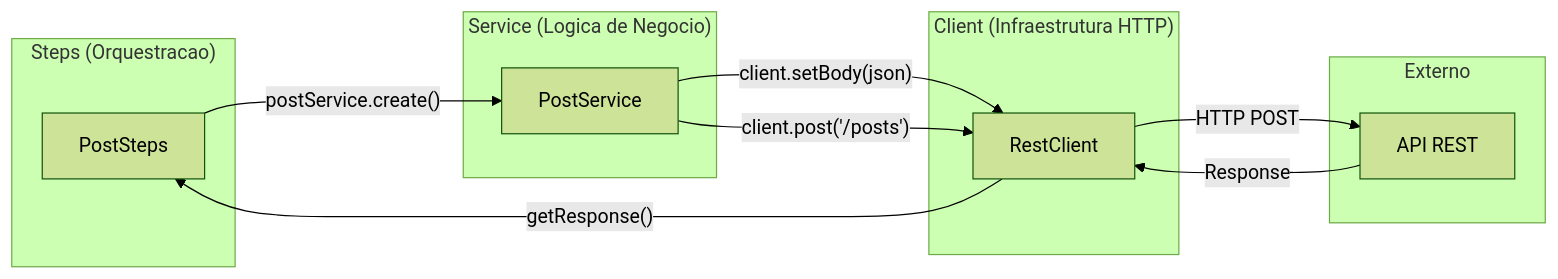
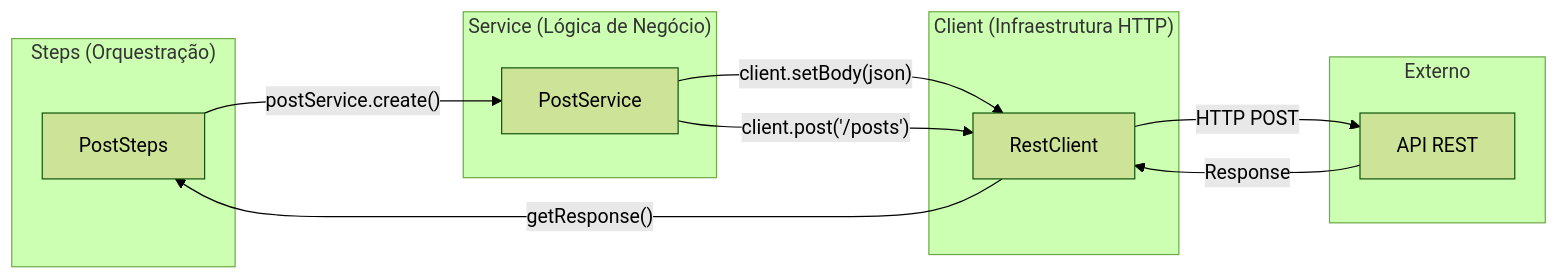
One commit to aline-nory/selenium-cucumber-cicd-kiro changed the fourth of 4 diagrams in DOCUMENTATION.md. Above: the diagram before and after it, drawn with Mermaid (forest theme). The commit also changed other lines of this file and 5 other files, not shown here.

````diff
--- a/DOCUMENTATION.md
+++ b/DOCUMENTATION.md
@@ -1478,25 +1478,25 @@
 ```mermaid
 graph LR
-    subgraph "Steps (Orquestracao)"
+    subgraph "Steps (Orquestração)"
         A[PostSteps]
     end
 
-    subgraph "Service (Logica de Negocio)"
+    subgraph "Service (Lógica de Negócio)"
         B[PostService]
     end
 
     subgraph "Client (Infraestrutura HTTP)"
         C[RestClient]
     end
 
     subgraph "Externo"
         D[API REST]
     end
 
     A -->|"postService.create()"| B
     B -->|"client.setBody(json)"| C
     B -->|"client.post('/posts')"| C
     C -->|"HTTP POST"| D
     D -->|"Response"| C
     C -->|"getResponse()"| A
 ```
````
